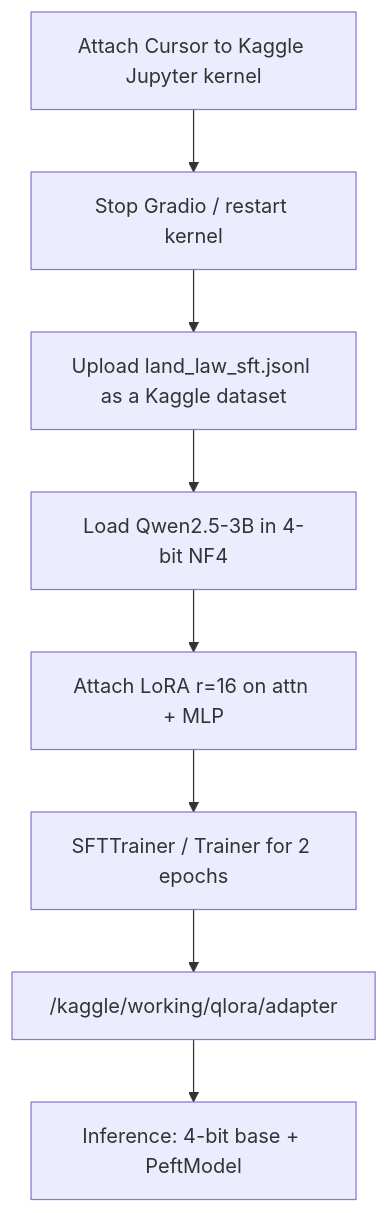
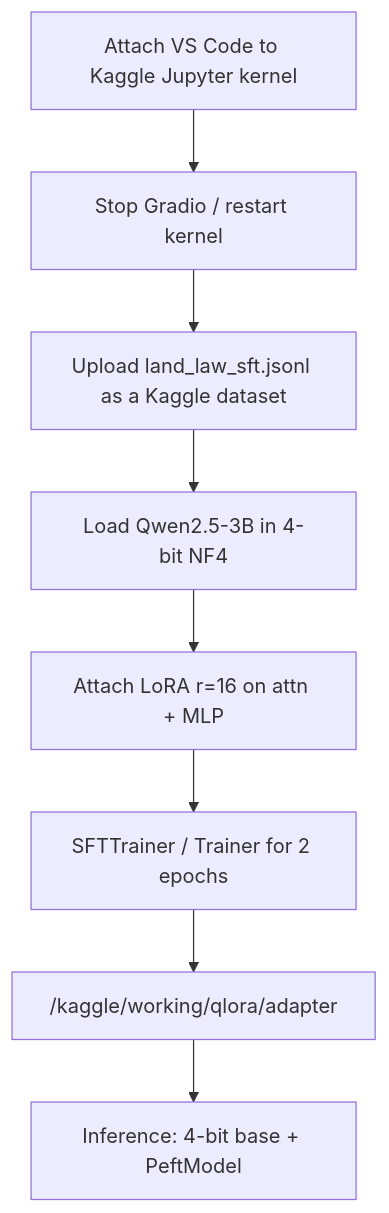
The second of 3 diagrams in README.md (RAIYANBHUIYAN/QLoRA_with_Qwen2.5-3B_Instruct), drawn with Mermaid before and after one commit. The commit also changed other lines of this file, not shown here.

Commit message:
Replace Cursor mentions in the README with VS Code.

````diff
--- a/README.md
+++ b/README.md
@@ -50,10 +50,10 @@
 ```mermaid
 flowchart TD
-  A[Attach Cursor to Kaggle Jupyter kernel] --> B[Stop Gradio / restart kernel]
+  A[Attach VS Code to Kaggle Jupyter kernel] --> B[Stop Gradio / restart kernel]
   B --> C[Upload land_law_sft.jsonl as a Kaggle dataset]
   C --> D[Load Qwen2.5-3B in 4-bit NF4]
   D --> E[Attach LoRA r=16 on attn + MLP]
   E --> F[SFTTrainer / Trainer for 2 epochs]
   F --> G["/kaggle/working/qlora/adapter"]
   G --> H[Inference: 4-bit base + PeftModel]
 ```
````
